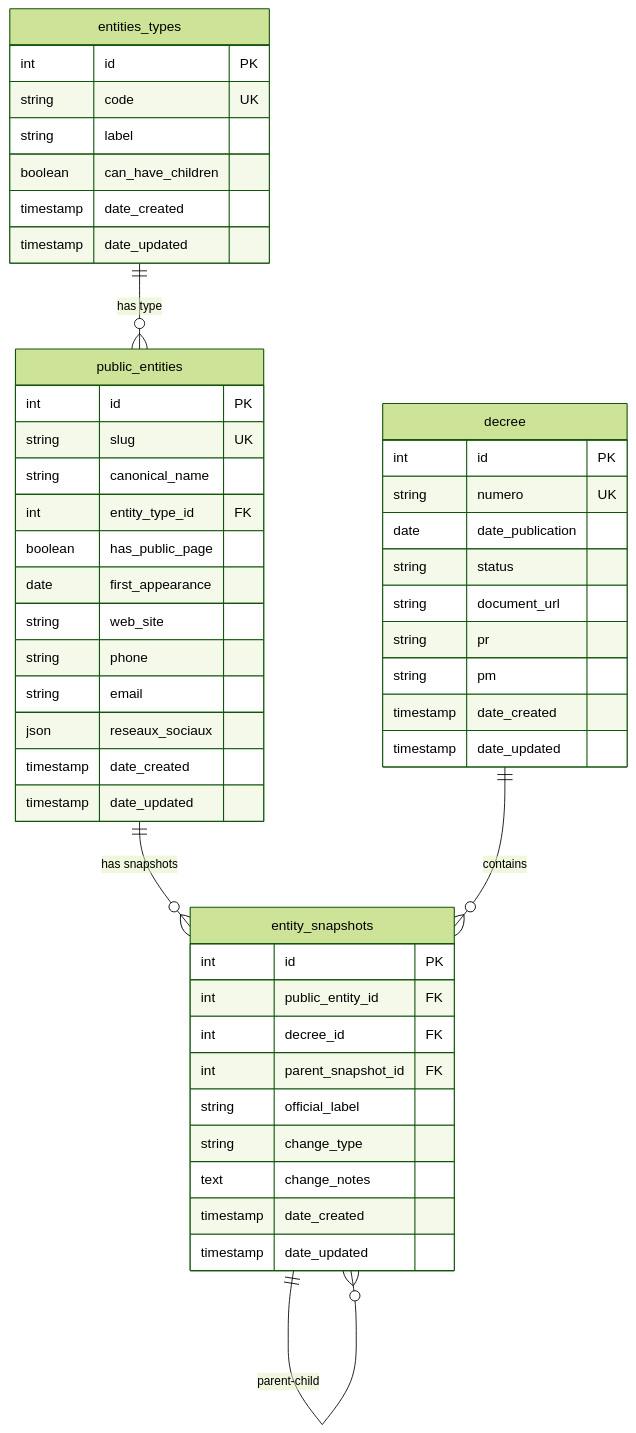
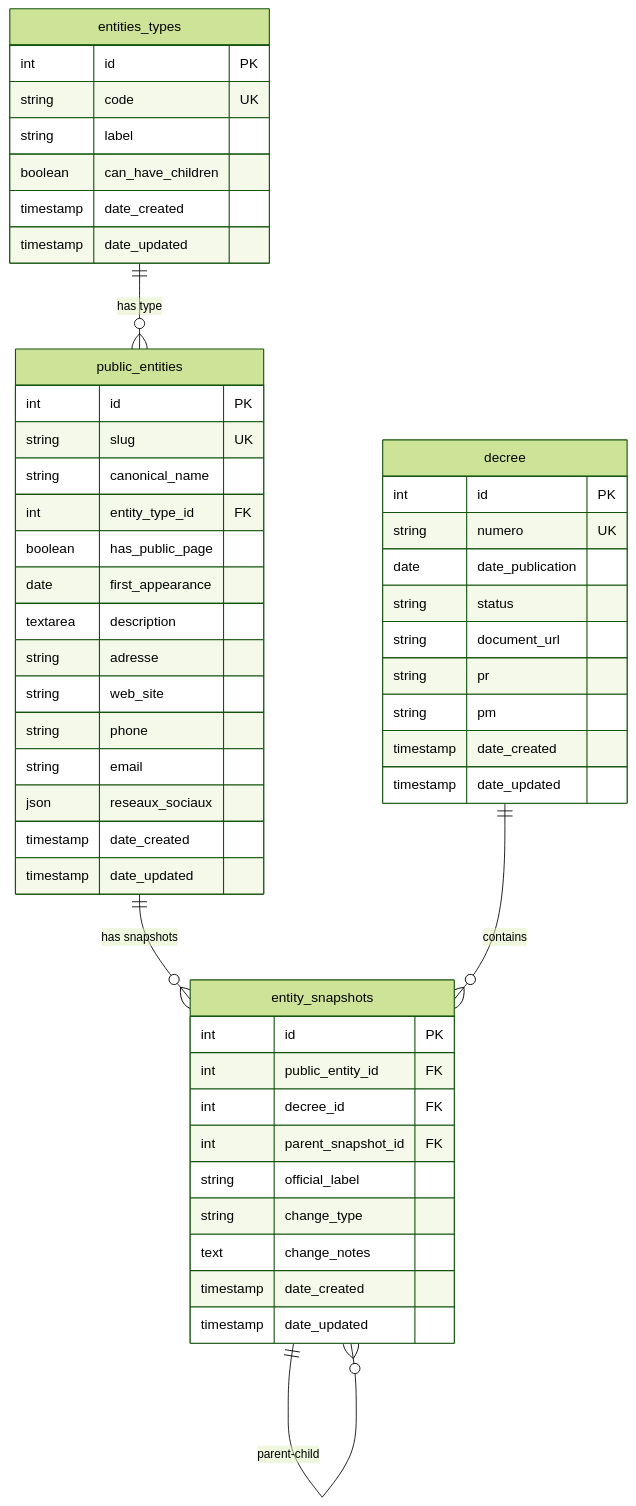
Before and after one commit to cisse410/vie-publique.sn: the diagram in etat.mmd, drawn with Mermaid (forest theme). The commit also changed 18 other files, not shown here.

```diff
--- a/etat.mmd
+++ b/etat.mmd
@@ -1,53 +1,55 @@
 erDiagram
     entities_types ||--o{ public_entities : "has type"
     public_entities ||--o{ entity_snapshots : "has snapshots"
     decree ||--o{ entity_snapshots : "contains"
     entity_snapshots ||--o{ entity_snapshots : "parent-child"
 
     entities_types {
         int id PK
         string code UK
         string label
         boolean can_have_children
         timestamp date_created
         timestamp date_updated
     }
 
     decree {
         int id PK
         string numero UK
         date date_publication
         string status
         string document_url
         string pr
         string pm
         timestamp date_created
         timestamp date_updated
     }
 
     public_entities {
         int id PK
         string slug UK
         string canonical_name
         int entity_type_id FK
         boolean has_public_page
         date first_appearance
+        textarea description
+        string adresse
         string web_site
         string phone
         string email
         json reseaux_sociaux
         timestamp date_created
         timestamp date_updated
     }
 
     entity_snapshots {
         int id PK
         int public_entity_id FK
         int decree_id FK
         int parent_snapshot_id FK
         string official_label
         string change_type
         text change_notes
         timestamp date_created
         timestamp date_updated
     }
```
